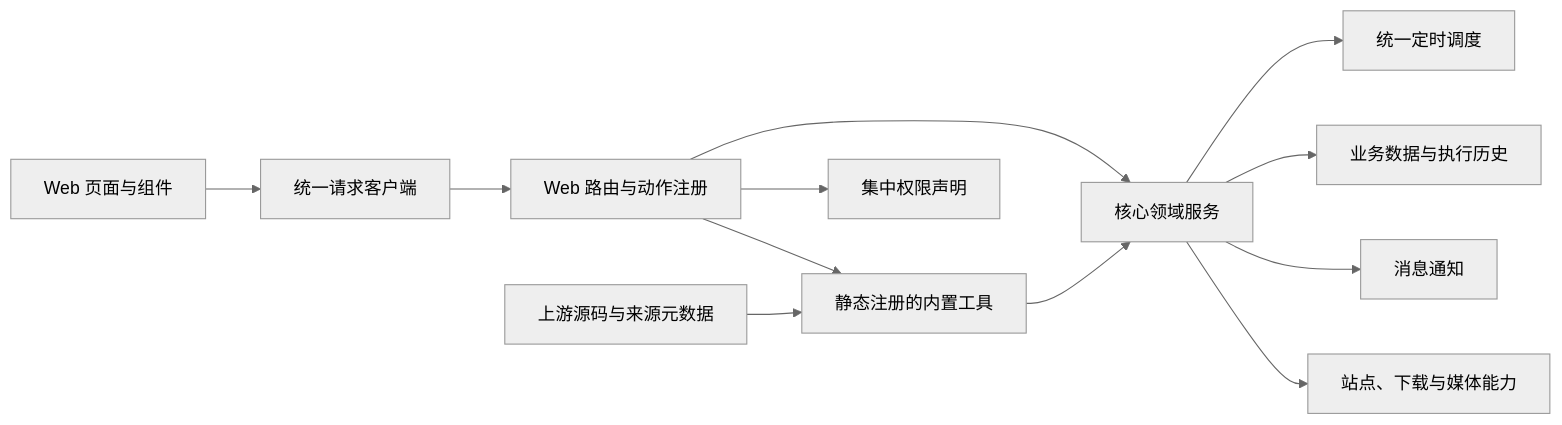
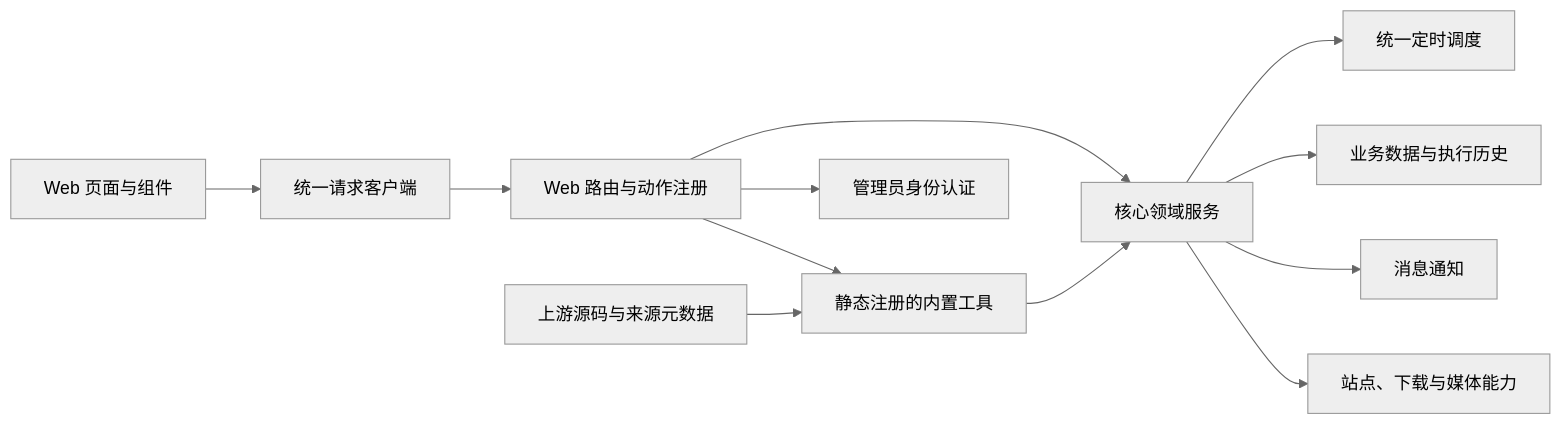
The diagram in docs/refactoring-plan.md (SmallMX/nas-tools), drawn with Mermaid (neutral theme) before and after one commit. The commit also changed other lines of this file and 58 other files, not shown here.

````diff
--- a/docs/refactoring-plan.md
+++ b/docs/refactoring-plan.md
@@ -7,14 +7,14 @@
 ```mermaid
 flowchart LR
     UI["Web 页面与组件"] --> Client["统一请求客户端"]
     Client --> Web["Web 路由与动作注册"]
     Web --> Domain["核心领域服务"]
     Web --> Tools["静态注册的内置工具"]
     Source["上游源码与来源元数据"] --> Tools
     Tools --> Domain
     Domain --> Scheduler["统一定时调度"]
     Domain --> Database["业务数据与执行历史"]
     Domain --> Notice["消息通知"]
     Domain --> Sites["站点、下载与媒体能力"]
-    Web --> RBAC["集中权限声明"]
+    Web --> Auth["管理员身份认证"]
 ```
````
